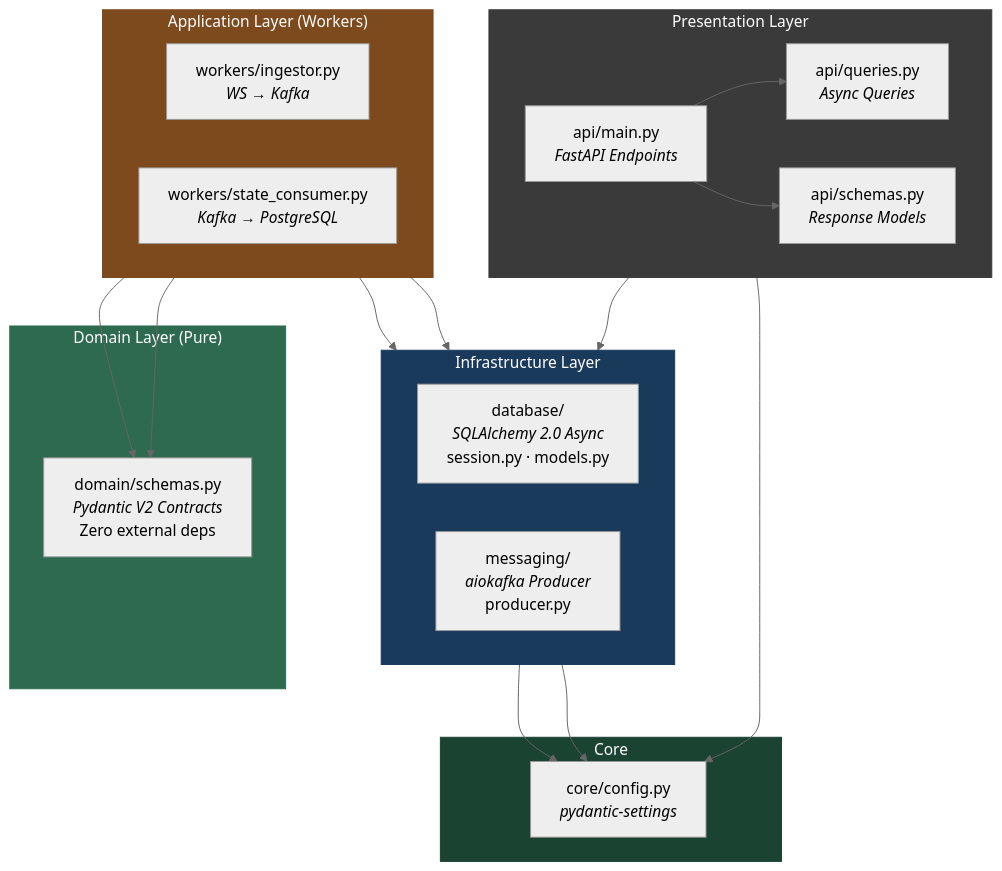
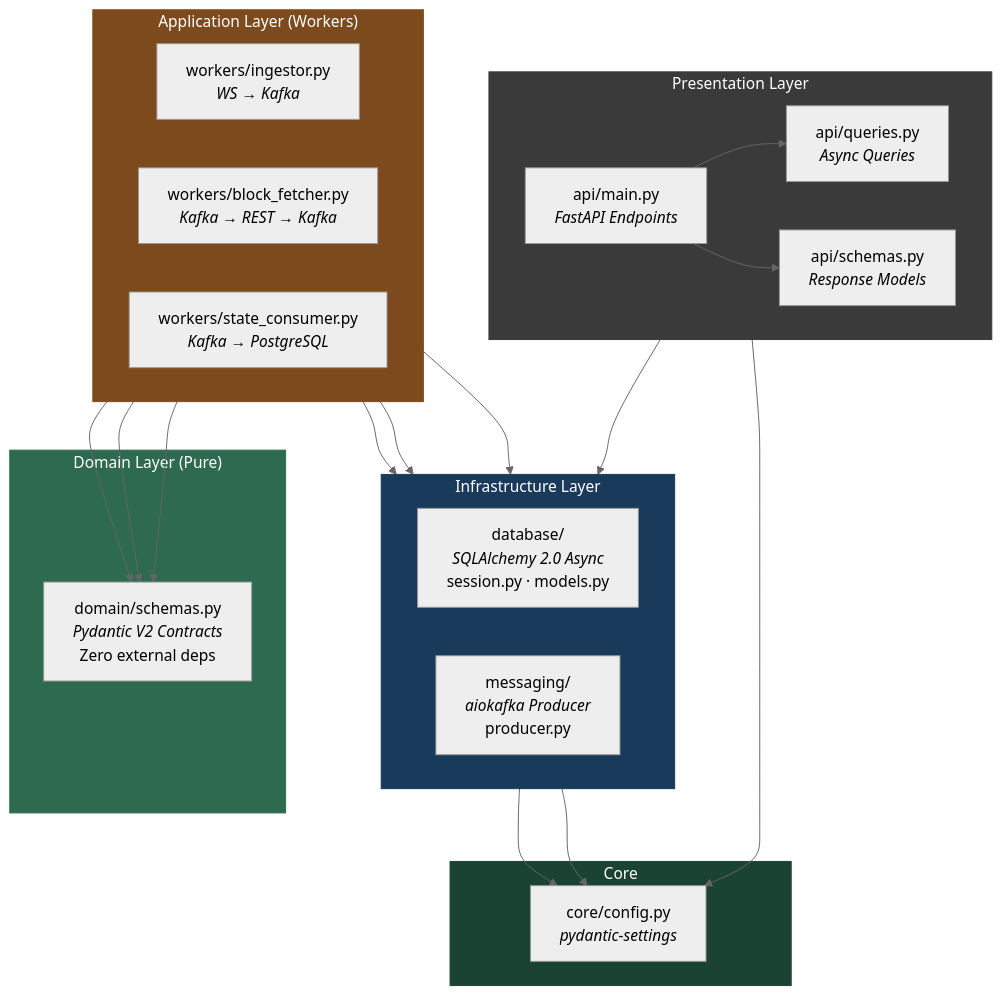
One commit to ieshatchuell/mempool-orchestrator changed the second of 9 diagrams in docs/architecture.md. Above: the diagram before and after it, drawn with Mermaid (neutral theme). The commit also changed other lines of this file and 20 other files, not shown here.

````diff
--- a/docs/architecture.md
+++ b/docs/architecture.md
@@ -42,53 +50,56 @@
 ```mermaid
 graph TD
     subgraph PRESENTATION ["Presentation Layer"]
         direction LR
         M["api/main.py<br/><i>FastAPI Endpoints</i>"]
         Q["api/queries.py<br/><i>Async Queries</i>"]
         S["api/schemas.py<br/><i>Response Models</i>"]
     end
 
     subgraph APPLICATION ["Application Layer (Workers)"]
         direction LR
         W1["workers/ingestor.py<br/><i>WS → Kafka</i>"]
+        W3["workers/block_fetcher.py<br/><i>Kafka → REST → Kafka</i>"]
         W2["workers/state_consumer.py<br/><i>Kafka → PostgreSQL</i>"]
     end
 
     subgraph INFRASTRUCTURE ["Infrastructure Layer"]
         direction LR
         DB["database/<br/><i>SQLAlchemy 2.0 Async</i><br/>session.py · models.py"]
         MSG["messaging/<br/><i>aiokafka Producer</i><br/>producer.py"]
     end
 
     subgraph DOMAIN ["Domain Layer (Pure)"]
         D["domain/schemas.py<br/><i>Pydantic V2 Contracts</i><br/>Zero external deps"]
     end
 
     subgraph CORE ["Core"]
         C["core/config.py<br/><i>pydantic-settings</i>"]
     end
 
     %% Presentation → Infrastructure
     M --> Q
     M --> S
     Q --> DB
 
     %% Workers → Infrastructure + Domain
     W1 --> MSG
     W1 --> D
+    W3 --> MSG
+    W3 --> D
     W2 --> DB
     W2 --> D
 
     %% Infrastructure → Domain + Core
     DB --> C
     MSG --> C
 
     %% Cross-layer → Core
     M --> C
 
     style DOMAIN fill:#2d6a4f,color:#fff,stroke:#2d6a4f
     style CORE fill:#1b4332,color:#fff,stroke:#1b4332
     style INFRASTRUCTURE fill:#1a3a5c,color:#fff,stroke:#1a3a5c
     style APPLICATION fill:#7c4a1d,color:#fff,stroke:#7c4a1d
     style PRESENTATION fill:#3a3a3a,color:#fff,stroke:#3a3a3a
 ```
````
